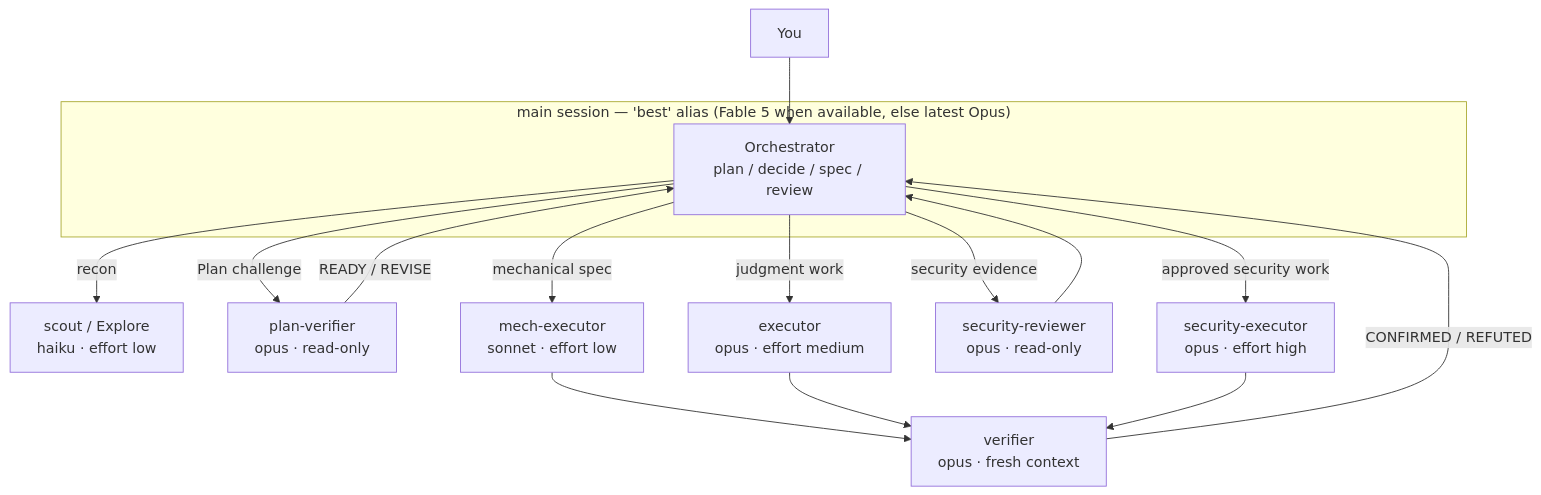
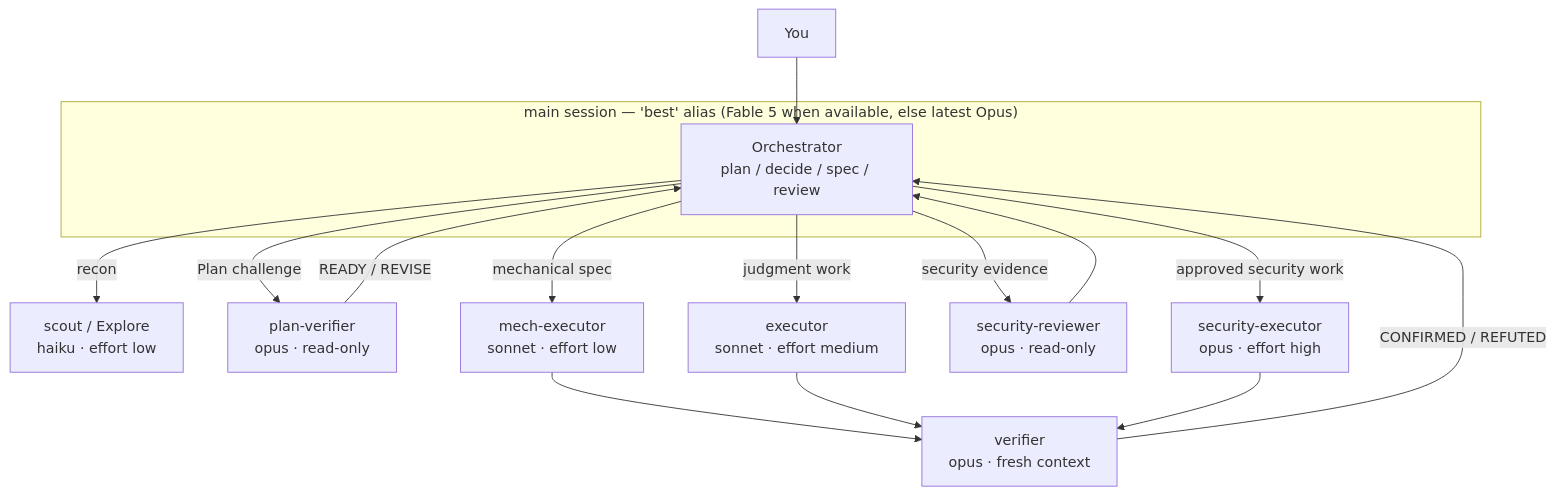
The diagram in README.md (Nanako0129/pilotfish), drawn with Mermaid before and after one commit. The commit also changed other lines of this file and 10 other files, not shown here.

````diff
--- a/README.md
+++ b/README.md
@@ -59,19 +59,19 @@
 ```mermaid
 flowchart TD
     U[You] --> O
     subgraph MAIN["main session — 'best' alias (Fable 5 when available, else latest Opus)"]
         O["Orchestrator<br>plan / decide / spec / review"]
     end
     O -->|recon| S["scout / Explore<br>haiku · effort low"]
     O -->|Plan challenge| PV["plan-verifier<br>opus · read-only"]
     PV -->|READY / REVISE| O
     O -->|mechanical spec| M["mech-executor<br>sonnet · effort low"]
-    O -->|judgment work| E["executor<br>opus · effort medium"]
+    O -->|judgment work| E["executor<br>sonnet · effort medium"]
     O -->|security evidence| SR["security-reviewer<br>opus · read-only"]
     SR --> O
     O -->|approved security work| SEC["security-executor<br>opus · effort high"]
     M --> V["verifier<br>opus · fresh context"]
     E --> V
     SEC --> V
     V -->|CONFIRMED / REFUTED| O
 ```
````
